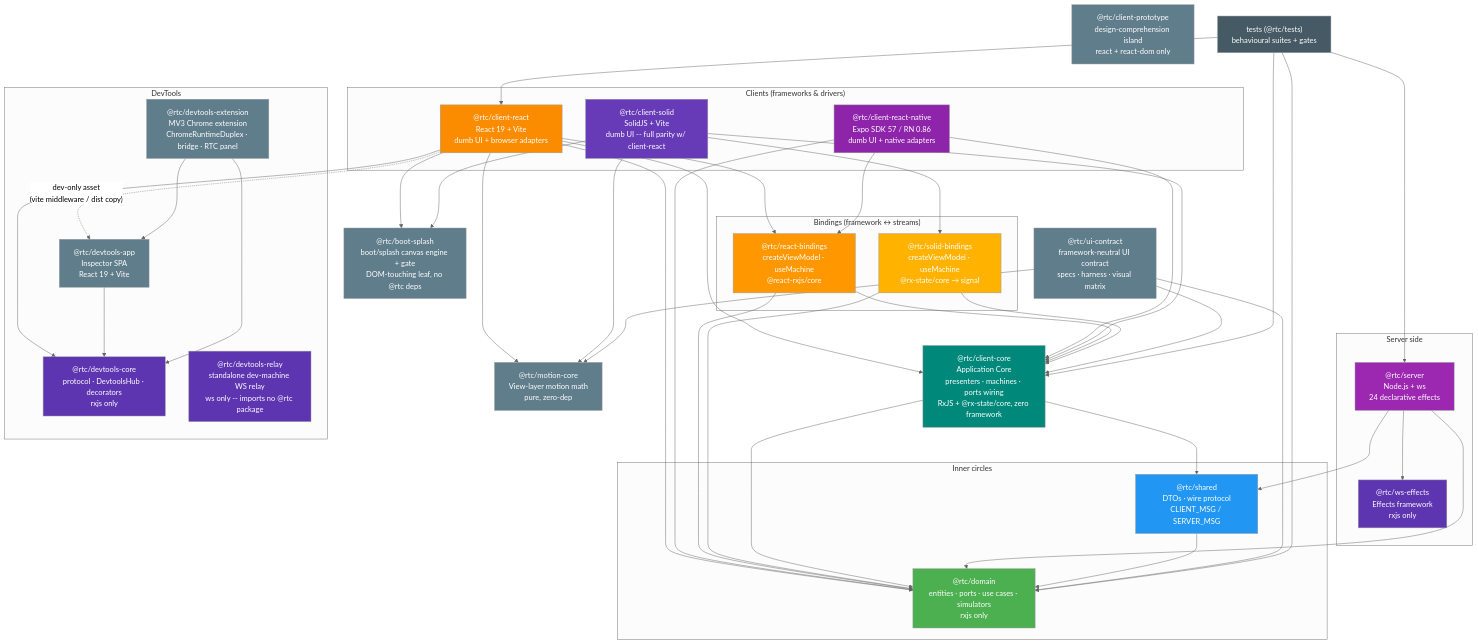
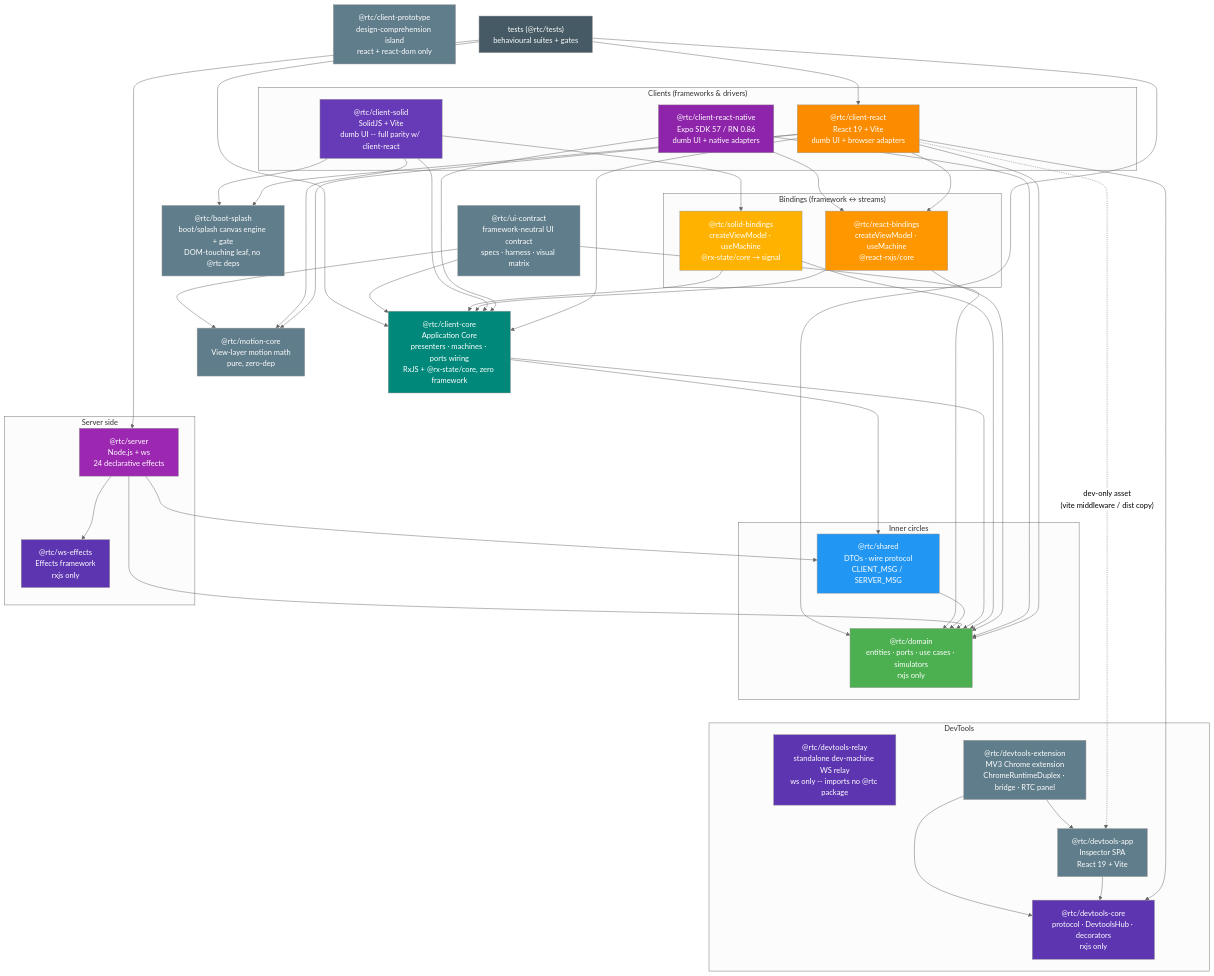
Before and after one commit to bettersoftware-io/ReactiveTraderCloudClone: the diagram in docs/architecture/06-package-dependencies.md, drawn with Mermaid (neutral theme).

Commit message:
docs(architecture): stack the §6 package diagram vertically
The dependency graph had grown to an 2.3:1 aspect ratio — GitHub scales
diagrams to column width, so the horizontal sprawl made every node tiny.
Add invisible-link rank constraints so the lanes stack vertically:
clients → bindings → client-core → Server side → Inner circles → DevTools.
Intrinsic render goes 3149x1367 → 2587x2072 (~18% narrower).

Claude-Session: https://claude.ai/code/session_018i9tY8aUbn9UNFes753qyq

```diff
--- a/docs/architecture/06-package-dependencies.md
+++ b/docs/architecture/06-package-dependencies.md
@@ -77,6 +77,14 @@
     tests --> server
     tests --> domain
 
+    %% Invisible rank constraints -- stack the lanes vertically:
+    %% core → Server side → Inner circles → DevTools (horizontal space is scarce, vertical scroll is free)
+    core ~~~ server
+    core ~~~ wse
+    shared ~~~ dtcore
+    domain ~~~ dtext
+    domain ~~~ dtrelay
+
     style domain fill:#4CAF50,color:#fff
     style shared fill:#2196F3,color:#fff
     style core fill:#00897B,color:#fff
```
